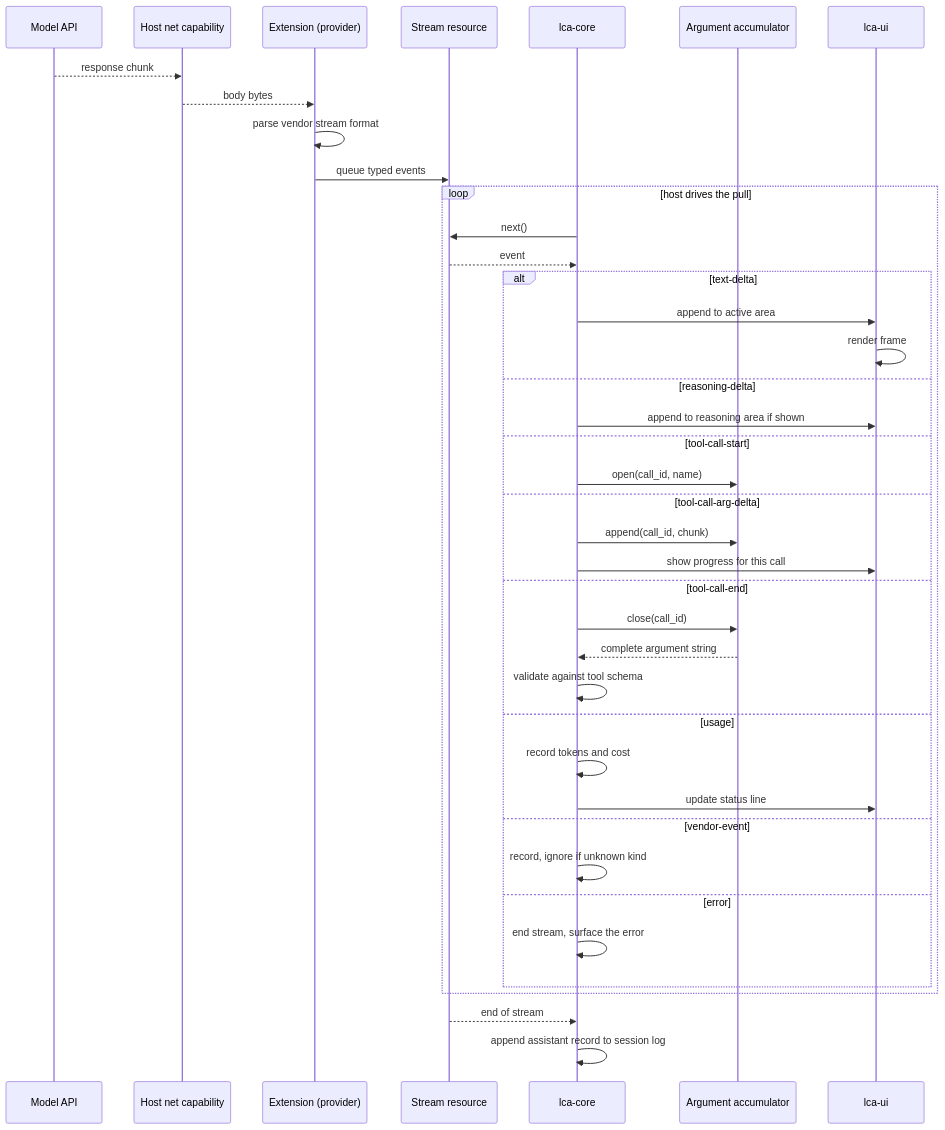
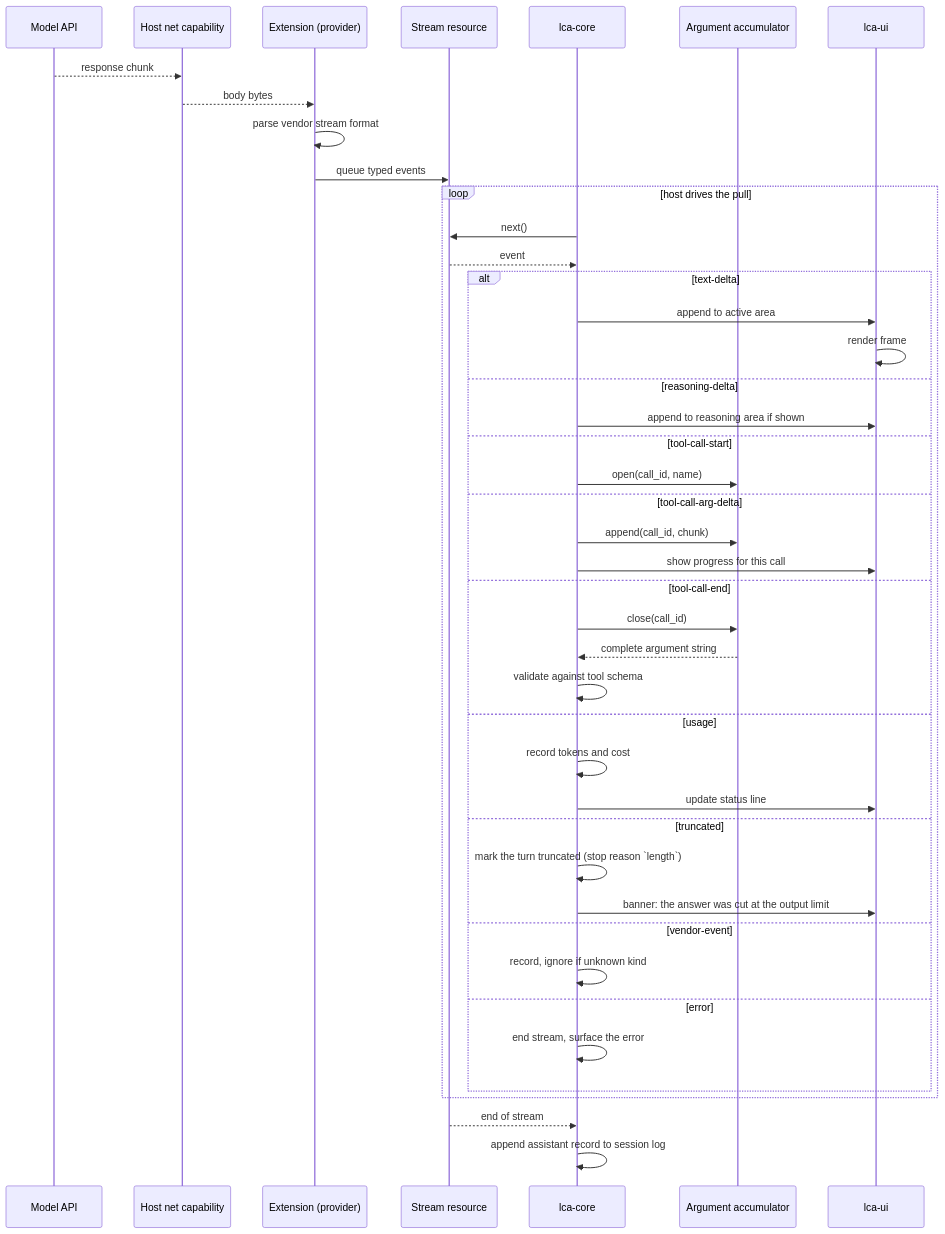
Before and after one commit to misaalanshori/lca: the sixth of 7 diagrams in docs/flows.md, drawn with Mermaid. The commit also changed other lines of this file and 22 other files, not shown here.

````diff
--- a/docs/flows.md
+++ b/docs/flows.md
@@ -280,43 +280,46 @@
 ```mermaid
 sequenceDiagram
     participant API as Model API
     participant HostNet as Host net capability
     participant Ext as Extension (provider)
     participant Stream as Stream resource
     participant Core as lca-core
     participant Acc as Argument accumulator
     participant TUI as lca-ui
 
     API-->>HostNet: response chunk
     HostNet-->>Ext: body bytes
     Ext->>Ext: parse vendor stream format
     Ext->>Stream: queue typed events
     loop host drives the pull
         Core->>Stream: next()
         Stream-->>Core: event
         alt text-delta
             Core->>TUI: append to active area
             TUI->>TUI: render frame
         else reasoning-delta
             Core->>TUI: append to reasoning area if shown
         else tool-call-start
             Core->>Acc: open(call_id, name)
         else tool-call-arg-delta
             Core->>Acc: append(call_id, chunk)
             Core->>TUI: show progress for this call
         else tool-call-end
             Core->>Acc: close(call_id)
             Acc-->>Core: complete argument string
             Core->>Core: validate against tool schema
         else usage
             Core->>Core: record tokens and cost
             Core->>TUI: update status line
+        else truncated
+            Core->>Core: mark the turn truncated (stop reason `length`)
+            Core->>TUI: banner: the answer was cut at the output limit
         else vendor-event
             Core->>Core: record, ignore if unknown kind
         else error
             Core->>Core: end stream, surface the error
         end
     end
     Stream-->>Core: end of stream
     Core->>Core: append assistant record to session log
 ```
````
